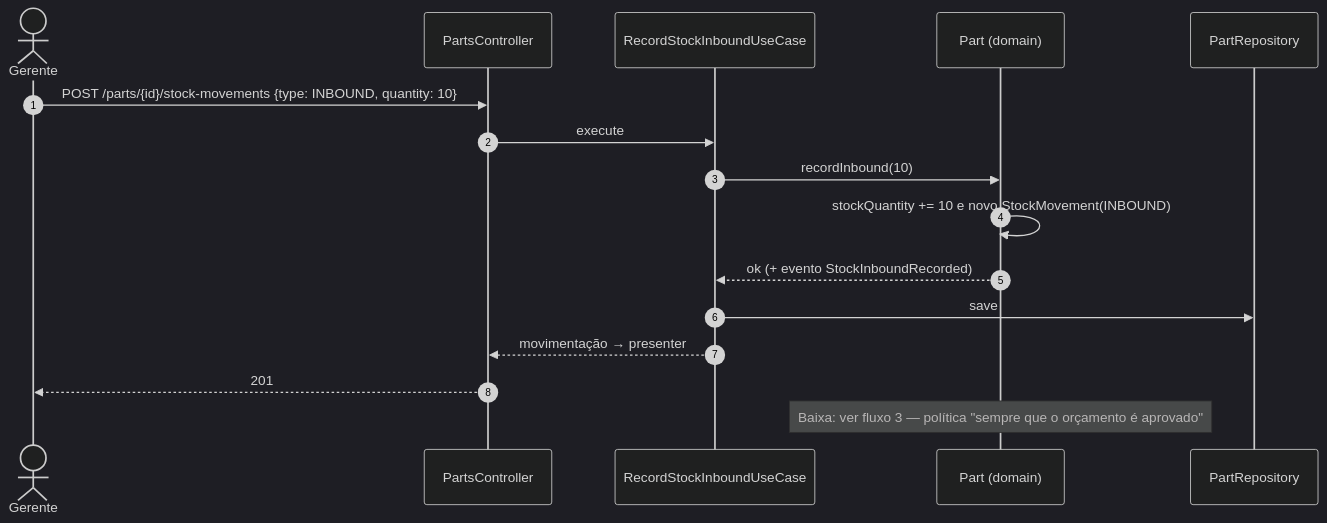
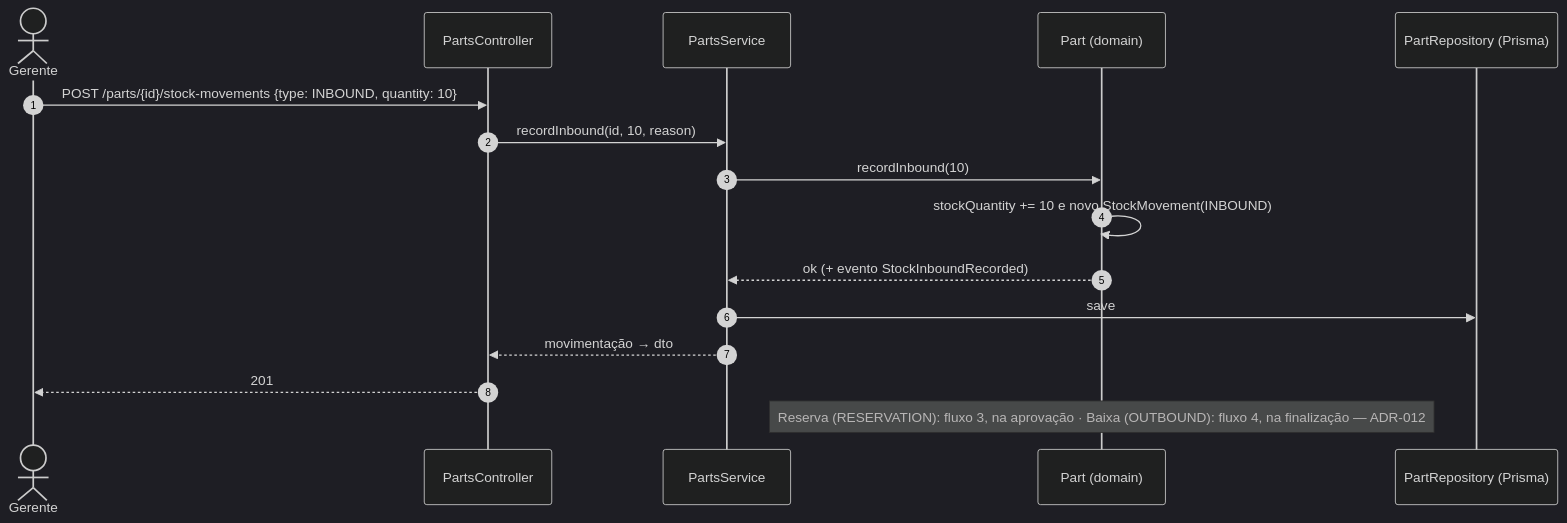
The sixth of 6 diagrams in docs/04-arquitetura/fluxos.md (HermandoThiago/FIAP-SOAT), drawn with Mermaid (dark theme) before and after one commit. The commit also changed other lines of this file and 57 other files, not shown here.

````diff
--- a/docs/04-arquitetura/fluxos.md
+++ b/docs/04-arquitetura/fluxos.md
@@ -148,18 +167,18 @@
 ```mermaid
 sequenceDiagram
     autonumber
     actor Ge as Gerente
     participant API as PartsController
-    participant UC as RecordStockInboundUseCase
+    participant PRT as PartsService
     participant P as Part (domain)
-    participant REP as PartRepository
+    participant REP as PartRepository (Prisma)
     Ge->>API: POST /parts/{id}/stock-movements {type: INBOUND, quantity: 10}
-    API->>UC: execute
-    UC->>P: recordInbound(10)
+    API->>PRT: recordInbound(id, 10, reason)
+    PRT->>P: recordInbound(10)
     P->>P: stockQuantity += 10 e novo StockMovement(INBOUND)
-    P-->>UC: ok (+ evento StockInboundRecorded)
-    UC->>REP: save
-    UC-->>API: movimentação → presenter
+    P-->>PRT: ok (+ evento StockInboundRecorded)
+    PRT->>REP: save
+    PRT-->>API: movimentação → dto
     API-->>Ge: 201
-    Note over P: Baixa: ver fluxo 3 — política "sempre que o orçamento é aprovado"
+    Note over P: Reserva (RESERVATION): fluxo 3, na aprovação · Baixa (OUTBOUND): fluxo 4, na finalização — ADR-012
 ```
````
